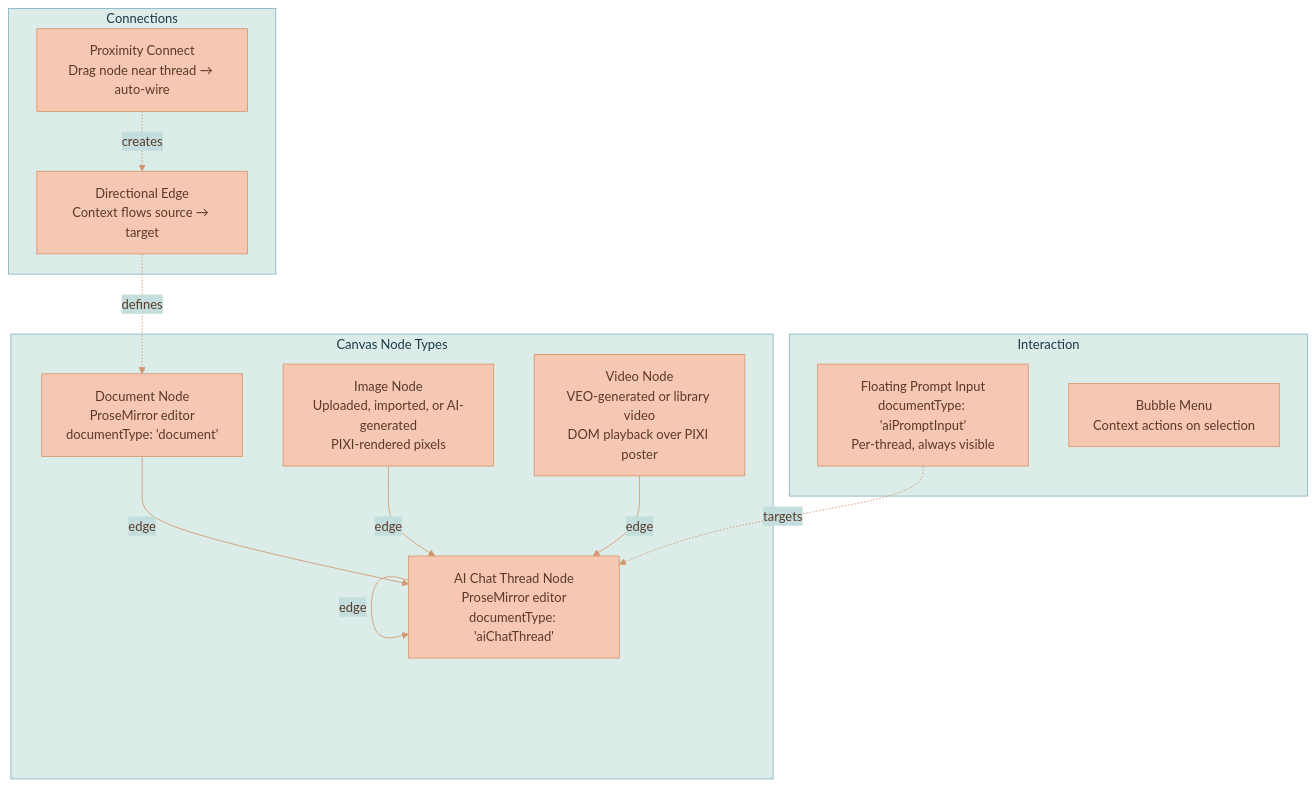
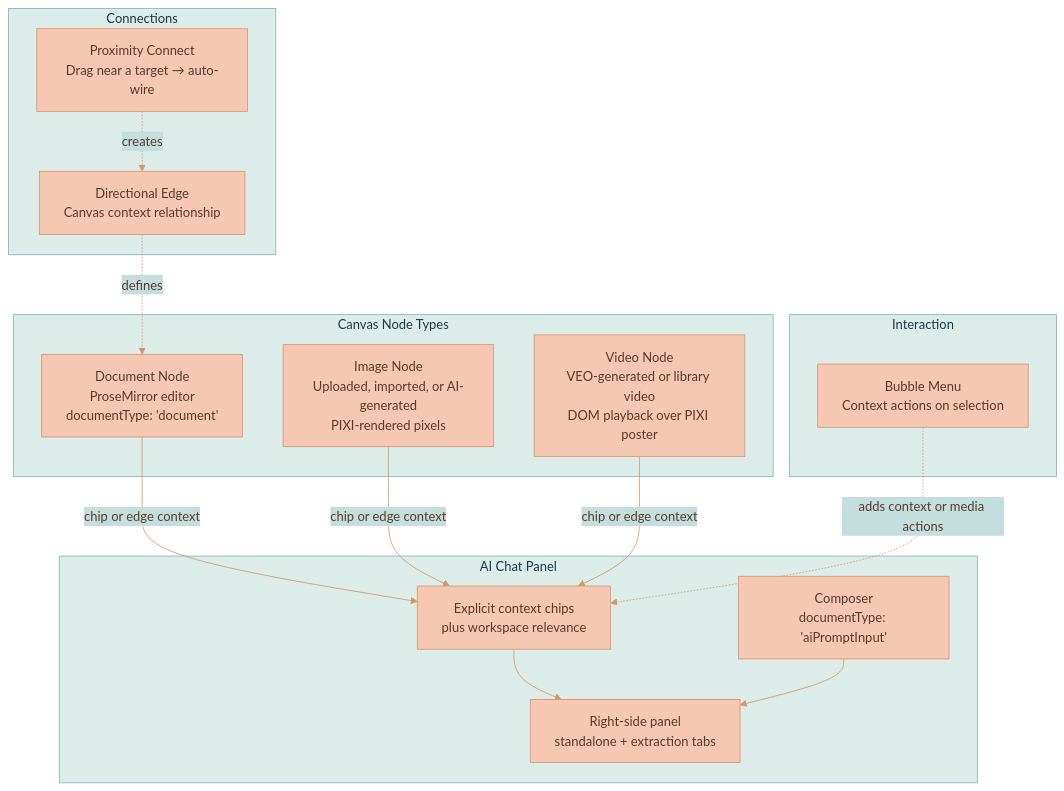
The first of 7 diagrams in documentation/PRODUCT-OVERVIEW.md (Lixpi/lixpi), drawn with Mermaid before and after one commit. The commit also changed other lines of this file and 4 other files, not shown here.

Commit message:
LIX-228 # updated docs for ai chat panel tabs

````diff
--- a/documentation/PRODUCT-OVERVIEW.md
+++ b/documentation/PRODUCT-OVERVIEW.md
@@ -23,28 +23,33 @@
 ```mermaid
 %%{init: {'theme': 'base', 'themeVariables': { 'primaryColor': '#F6C7B3', 'primaryTextColor': '#5a3a2a', 'primaryBorderColor': '#d4956a', 'secondaryColor': '#C3DEDD', 'secondaryTextColor': '#1a3a47', 'secondaryBorderColor': '#4a8a9d', 'tertiaryColor': '#DCECE9', 'tertiaryTextColor': '#1a3a47', 'tertiaryBorderColor': '#82B2C0', 'lineColor': '#d4956a', 'textColor': '#5a3a2a'}}}%%
 graph TB
     subgraph "Canvas Node Types"
         Doc[Document Node<br/>ProseMirror editor<br/>documentType: 'document']
         Img[Image Node<br/>Uploaded, imported, or AI-generated<br/>PIXI-rendered pixels]
         Vid[Video Node<br/>VEO-generated or library video<br/>DOM playback over PIXI poster]
-        Thread[AI Chat Thread Node<br/>ProseMirror editor<br/>documentType: 'aiChatThread']
+    end
+
+    subgraph "AI Chat Panel"
+        Panel[Right-side panel<br/>standalone + extraction tabs]
+        Chips[Explicit context chips<br/>plus workspace relevance]
+        Composer[Composer<br/>documentType: 'aiPromptInput']
     end
 
     subgraph "Connections"
-        Edge[Directional Edge<br/>Context flows source → target]
-        Prox[Proximity Connect<br/>Drag node near thread → auto-wire]
+        Edge[Directional Edge<br/>Canvas context relationship]
+        Prox[Proximity Connect<br/>Drag near a target → auto-wire]
     end
 
     subgraph "Interaction"
-        Float[Floating Prompt Input<br/>documentType: 'aiPromptInput'<br/>Per-thread, always visible]
         Bubble[Bubble Menu<br/>Context actions on selection]
     end
 
-    Doc -->|edge| Thread
-    Img -->|edge| Thread
-    Vid -->|edge| Thread
-    Thread -->|edge| Thread
+    Doc -->|chip or edge context| Chips
+    Img -->|chip or edge context| Chips
+    Vid -->|chip or edge context| Chips
+    Chips --> Panel
+    Composer --> Panel
     Edge -.->|defines| Doc
     Prox -.->|creates| Edge
-    Float -.->|targets| Thread
+    Bubble -.->|adds context or media actions| Chips
 ```
````
